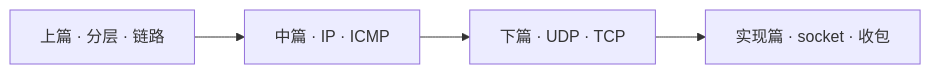
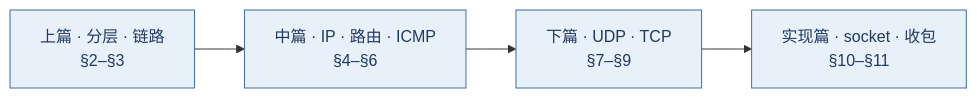
One commit to xiaxinyu/knowledge_base changed the first of 6 diagrams in 10-chronicle/16a-tcp-ip-illustrated-treatise.md. Above: the diagram before and after it, drawn with Mermaid. The commit also changed other lines of this file, not shown here.

````diff
--- a/10-chronicle/16a-tcp-ip-illustrated-treatise.md
+++ b/10-chronicle/16a-tcp-ip-illustrated-treatise.md
@@ -72,6 +72,9 @@
 ```mermaid
 flowchart LR
-  Link["上篇 · 分层 · 链路"] --> Net["中篇 · IP · ICMP"]
-  Net --> Trans["下篇 · UDP · TCP"]
-  Trans --> Impl["实现篇 · socket · 收包"]
+  classDef chap fill:#e8f1fa,stroke:#3b6ea5,color:#1f3a5f
+  Link["上篇 · 分层 · 链路<br/>§2–§3"]:::chap
+  Net["中篇 · IP · 路由 · ICMP<br/>§4–§6"]:::chap
+  Trans["下篇 · UDP · TCP<br/>§7–§9"]:::chap
+  Impl["实现篇 · socket · 收包<br/>§10–§11"]:::chap
+  Link --> Net --> Trans --> Impl
 ```
````
